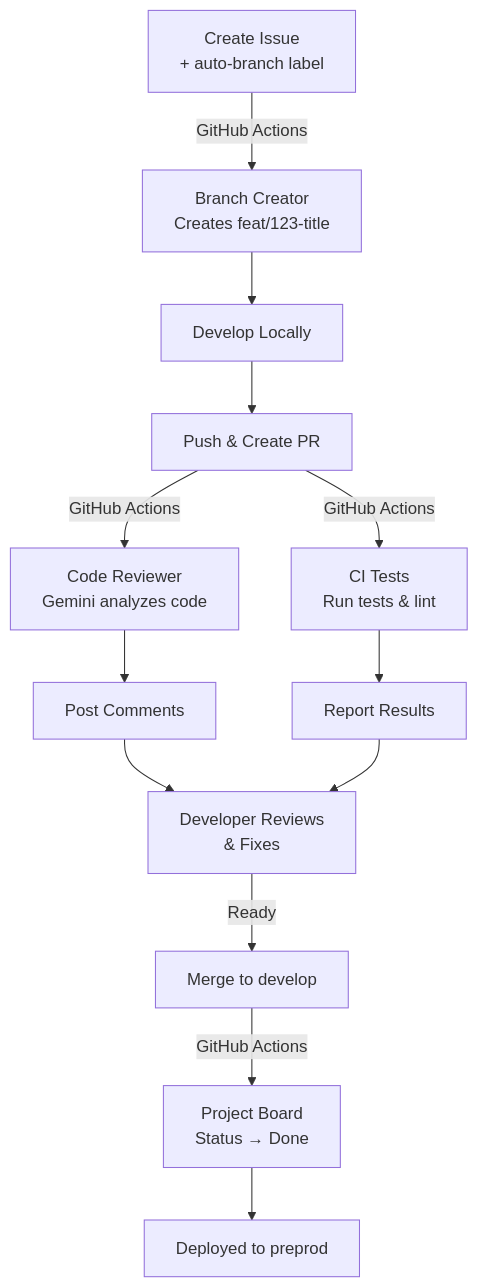
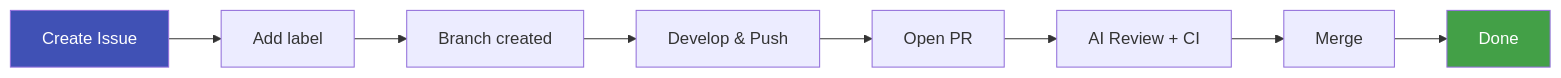
One commit to dyvan/github-project-llm-management changed the diagram in docs/index.md. Above: the diagram before and after it, drawn with Mermaid. The commit also changed other lines of this file and 5 other files, not shown here.

````diff
--- a/docs/index.md
+++ b/docs/index.md
@@ -68,15 +174,12 @@
 ```mermaid
-graph TD
-    A["Create Issue<br/>+ auto-branch label"] -->|GitHub Actions| B["Branch Creator<br/>Creates feat/123-title"]
-    B --> C["Develop Locally"]
-    C --> D["Push & Create PR"]
-    D -->|GitHub Actions| E["Code Reviewer<br/>Gemini analyzes code"]
-    D -->|GitHub Actions| F["CI Tests<br/>Run tests & lint"]
-    E --> G["Post Comments"]
-    F --> H["Report Results"]
-    G --> I["Developer Reviews<br/>& Fixes"]
-    H --> I
-    I -->|Ready| J["Merge to develop"]
-    J -->|GitHub Actions| K["Project Board<br/>Status → Done"]
-    K --> L["Deployed to preprod"]
+graph LR
+    A["Create Issue"] --> B["Add label"]
+    B --> C["Branch created"]
+    C --> D["Develop & Push"]
+    D --> E["Open PR"]
+    E --> F["AI Review + CI"]
+    F --> G["Merge"]
+    G --> H["Done"]
+    style A fill:#4051b5,color:#fff
+    style H fill:#43a047,color:#fff
 ```
````
